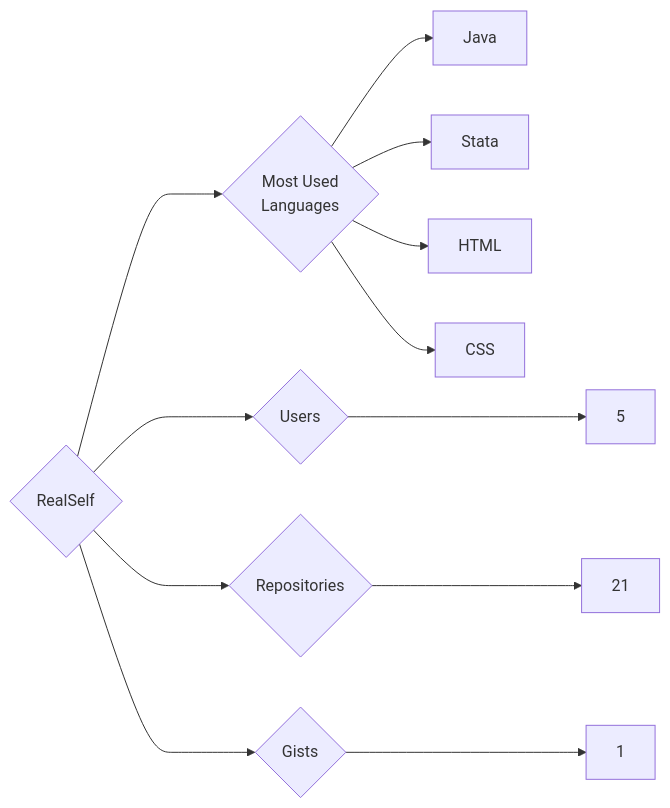
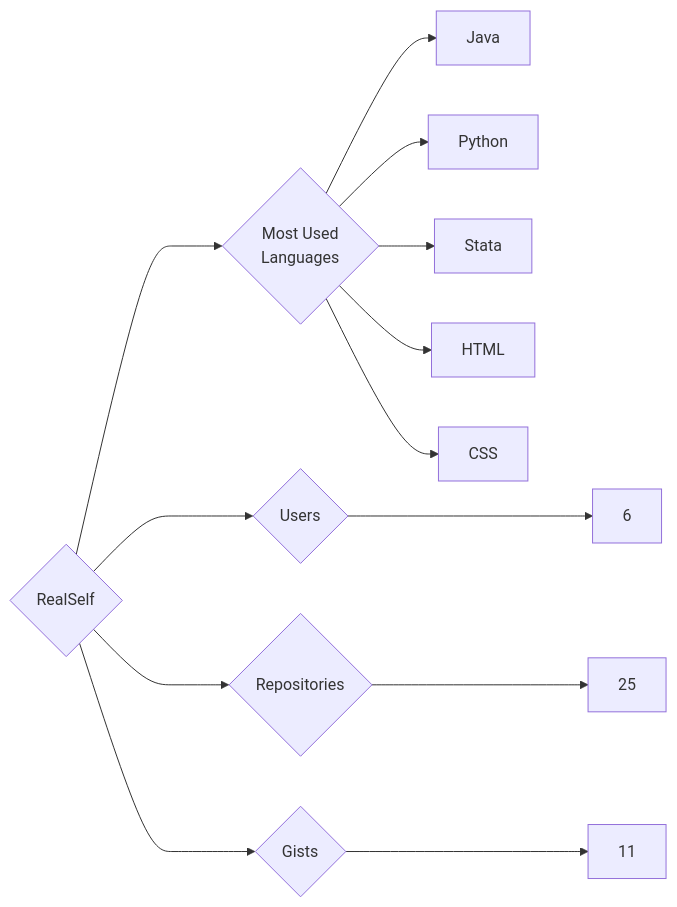
The diagram in targets/RealSelf/README.md (trickest/insiders), drawn with Mermaid before and after one commit. The commit also changed 1496 other files, not shown here.

````diff
--- a/targets/RealSelf/README.md
+++ b/targets/RealSelf/README.md
@@ -3,12 +3,13 @@
 ```mermaid
 graph LR
 COMPANY_NAME{RealSelf}
-COMPANY_NAME ---> U{Users} ---> UN[5]
-COMPANY_NAME ---> R{Repositories} ---> RN[21]
-COMPANY_NAME ---> G{Gists} ---> GN[1]
+COMPANY_NAME ---> U{Users} ---> UN[6]
+COMPANY_NAME ---> R{Repositories} ---> RN[25]
+COMPANY_NAME ---> G{Gists} ---> GN[11]
 COMPANY_NAME ---> ML{Most Used<br>Languages}
 ML --> Java[Java]
+ML --> Python[Python]
 ML --> Stata[Stata]
 ML --> HTML[HTML]
 ML --> CSS[CSS]
 ```
````
